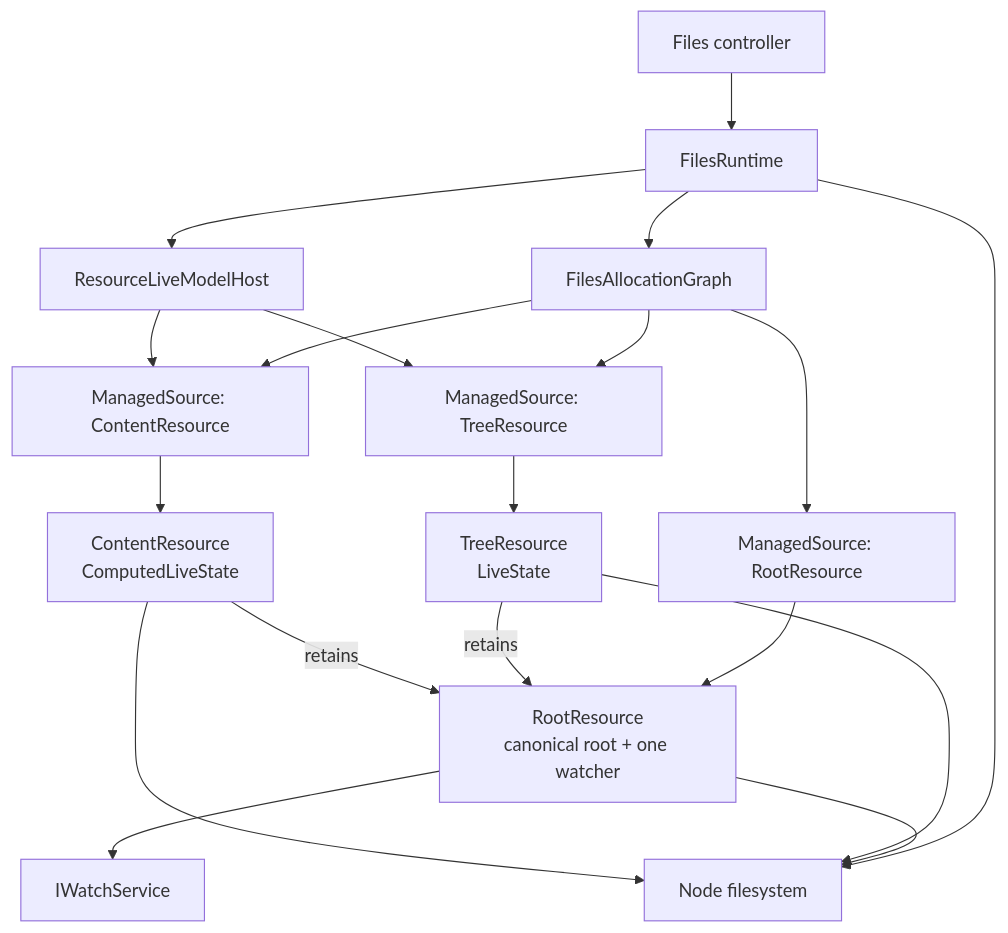
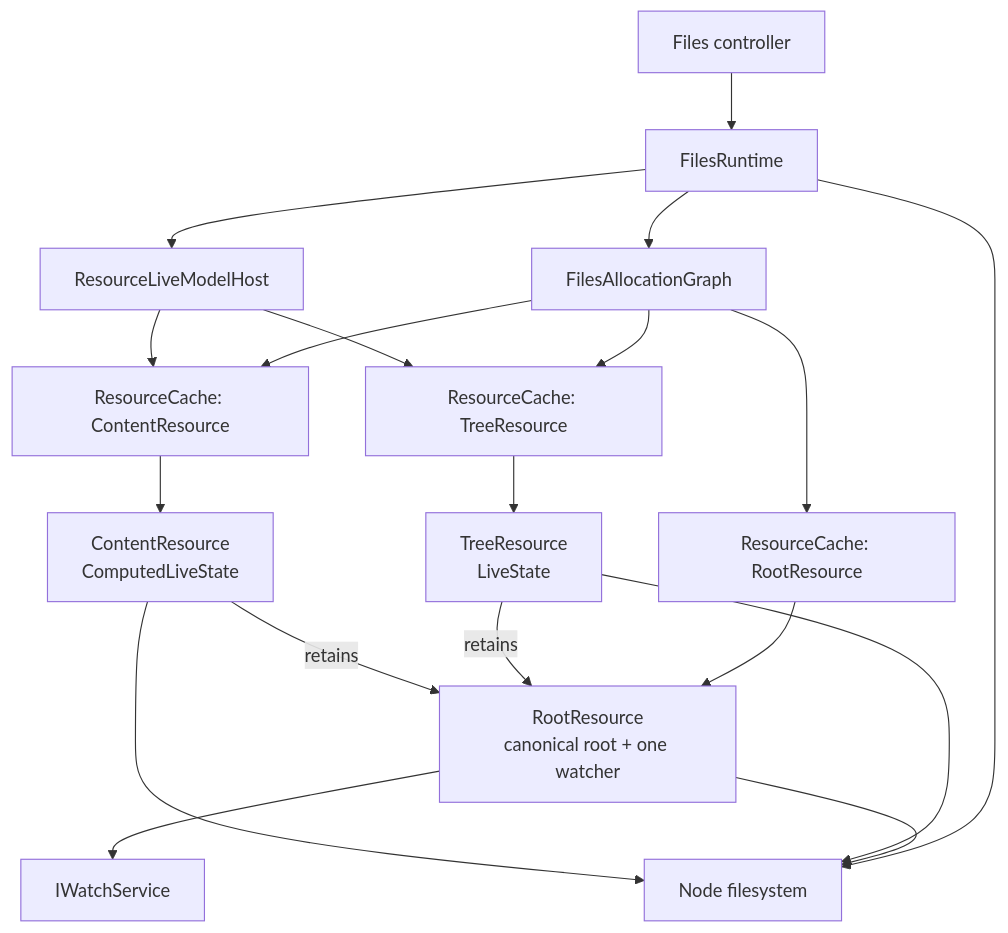
The second of 3 diagrams in design.md (generalaction/emdash), drawn with Mermaid before and after one commit. The commit also changed other lines of this file and 20 other files, not shown here.

Commit message:
feat: refactor managed source

````diff
--- a/design.md
+++ b/design.md
@@ -501,34 +501,34 @@
 ```mermaid
 flowchart TD
   Controller["Files controller"]
   Runtime["FilesRuntime"]
   Graph["FilesAllocationGraph"]
-  Roots["ManagedSource: RootResource"]
-  Trees["ManagedSource: TreeResource"]
-  Contents["ManagedSource: ContentResource"]
+  Roots["ResourceCache: RootResource"]
+  Trees["ResourceCache: TreeResource"]
+  Contents["ResourceCache: ContentResource"]
   Root["RootResource<br/>canonical root + one watcher"]
   Tree["TreeResource<br/>LiveState<FileTreeModel>"]
   Content["ContentResource<br/>ComputedLiveState<FileContentModel>"]
   Watch["IWatchService"]
   FS["Node filesystem"]
   WireHost["ResourceLiveModelHost"]
 
   Controller --> Runtime
   Runtime --> Graph
   Runtime --> FS
   Runtime --> WireHost
   Graph --> Roots
   Graph --> Trees
   Graph --> Contents
   Roots --> Root
   Trees --> Tree
   Contents --> Content
   Tree -->|retains| Root
   Content -->|retains| Root
   Root --> Watch
   Root --> FS
   Tree --> FS
   Content --> FS
   WireHost --> Trees
   WireHost --> Contents
 ```
````
